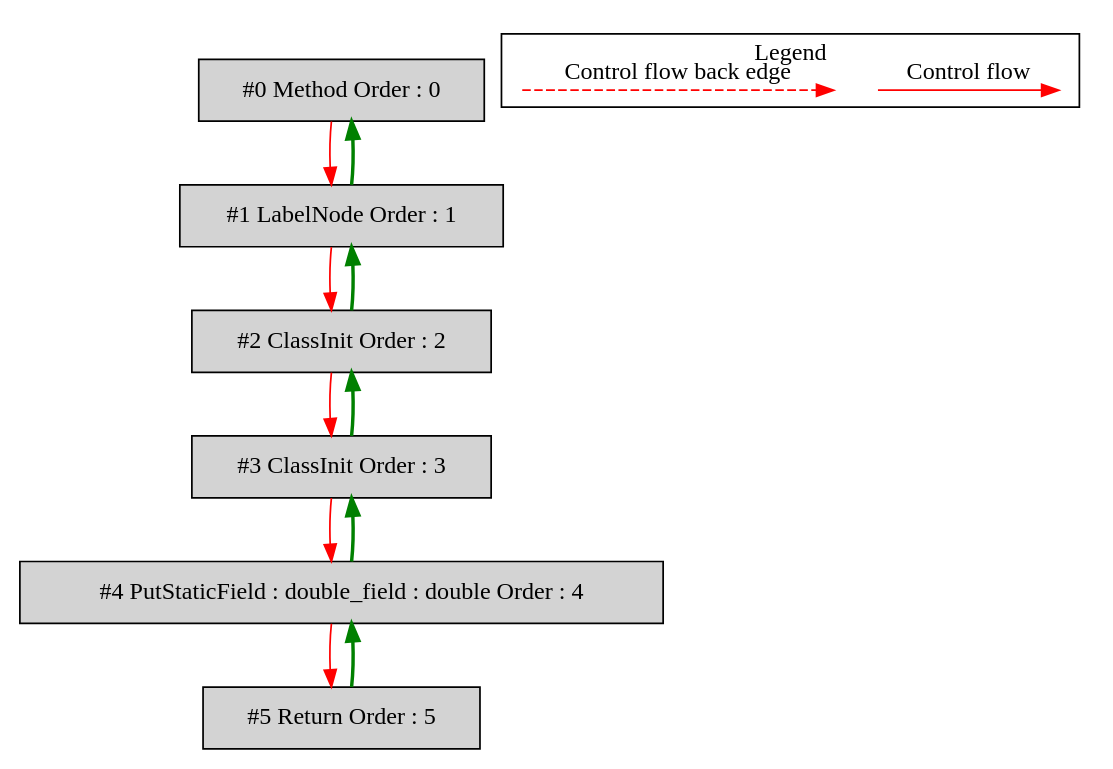
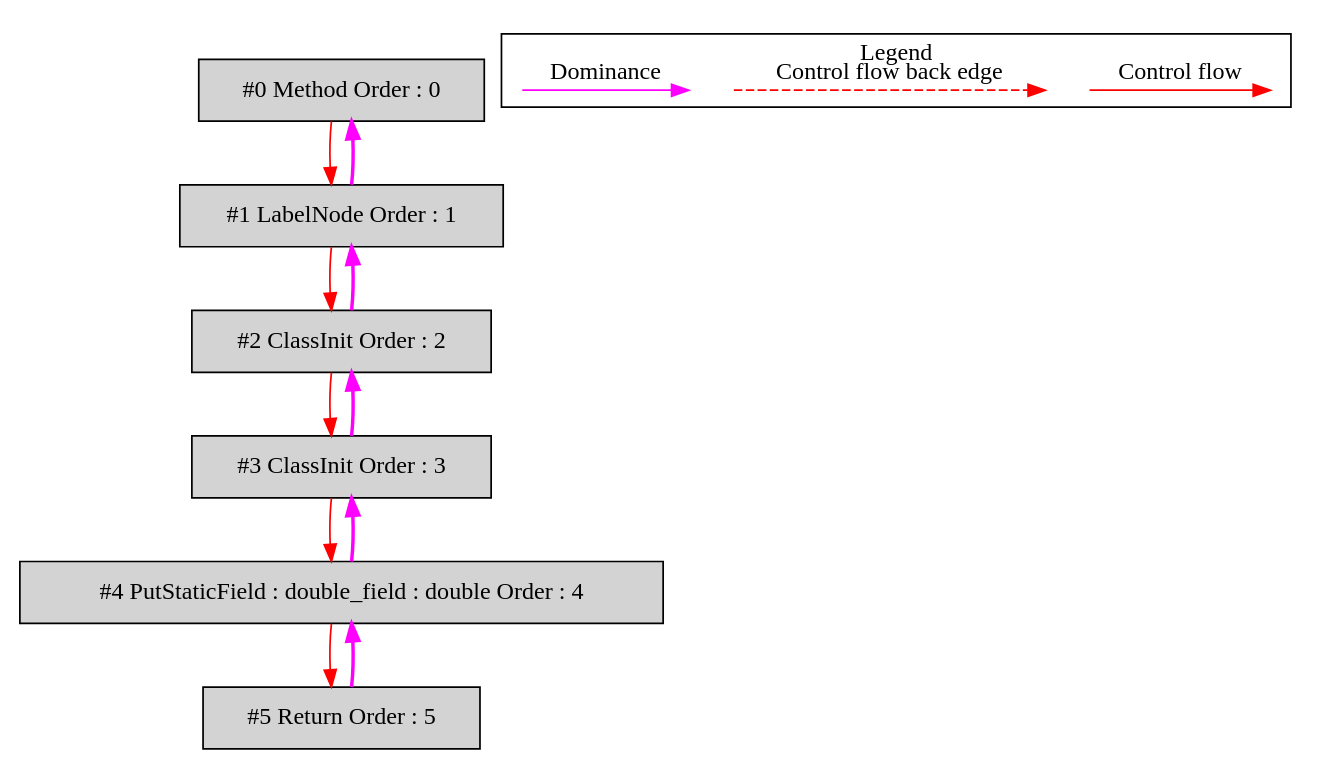
Before and after one commit to mirkosertic/MetaIR: the diagram in de.mirkosertic.metair.ir.examples.StaticFieldAccessTest/copy_double/ir_cfg_dominatortree.dot, drawn with Graphviz. The commit also changed 1502 other files, not shown here.

```diff
--- a/de.mirkosertic.metair.ir.examples.StaticFieldAccessTest/copy_double/ir_cfg_dominatortree.dot
+++ b/de.mirkosertic.metair.ir.examples.StaticFieldAccessTest/copy_double/ir_cfg_dominatortree.dot
@@ -1,33 +1,37 @@
 digraph debugoutput {
  ordering="in";
  node0[label="#0 Method Order : 0",shape=box, fillcolor=lightgrey, style=filled];
  node1[label="#1 LabelNode Order : 1",shape=box, fillcolor=lightgrey, style=filled];
- node1 -> node0[dir="forward" color="green" penwidth="2"];
+ node1 -> node0[dir="forward" color="fuchsia" penwidth="2"];
  node0 -> node1[labeldistance=2, color=red, fontcolor=red];
  node2[label="#2 ClassInit Order : 2",shape=box, fillcolor=lightgrey, style=filled];
- node2 -> node1[dir="forward" color="green" penwidth="2"];
+ node2 -> node1[dir="forward" color="fuchsia" penwidth="2"];
  node1 -> node2[labeldistance=2, color=red, fontcolor=red];
  node3[label="#3 ClassInit Order : 3",shape=box, fillcolor=lightgrey, style=filled];
- node3 -> node2[dir="forward" color="green" penwidth="2"];
+ node3 -> node2[dir="forward" color="fuchsia" penwidth="2"];
  node2 -> node3[labeldistance=2, color=red, fontcolor=red];
  node4[label="#4 PutStaticField : double_field : double Order : 4",shape=box, fillcolor=lightgrey, style=filled];
- node4 -> node3[dir="forward" color="green" penwidth="2"];
+ node4 -> node3[dir="forward" color="fuchsia" penwidth="2"];
  node3 -> node4[labeldistance=2, color=red, fontcolor=red];
  node5[label="#5 Return Order : 5",shape=box, fillcolor=lightgrey, style=filled];
- node5 -> node4[dir="forward" color="green" penwidth="2"];
+ node5 -> node4[dir="forward" color="fuchsia" penwidth="2"];
  node4 -> node5[labeldistance=2, color=red, fontcolor=red];
  subgraph cluster_000 {
   label = "Legend";
   node [shape=point]
   {
    rank=same;
    c0 [style = invis];
    c1 [style = invis];
    c2 [style = invis];
    c3 [style = invis];
+   d8 [style = invis];
+   d9 [style = invis];
+
   }
   c0 -> c1 [label="Control flow", style=solid, color=red]
   c2 -> c3 [label="Control flow back edge", style=dashed, color=red]
+  d8 -> d9 [label="Dominance", color=fuchsia, style=solid]
  }
 
 }
```
